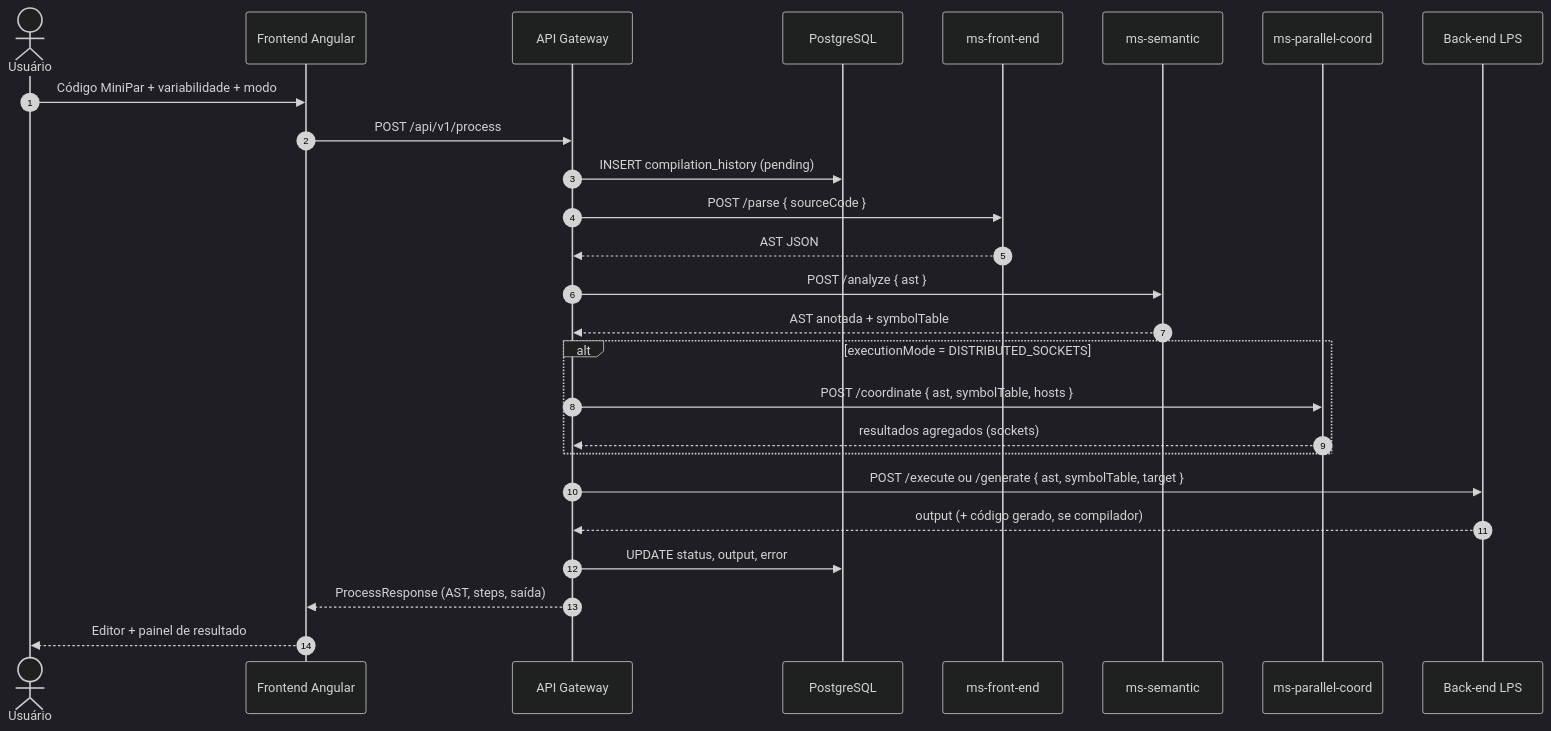
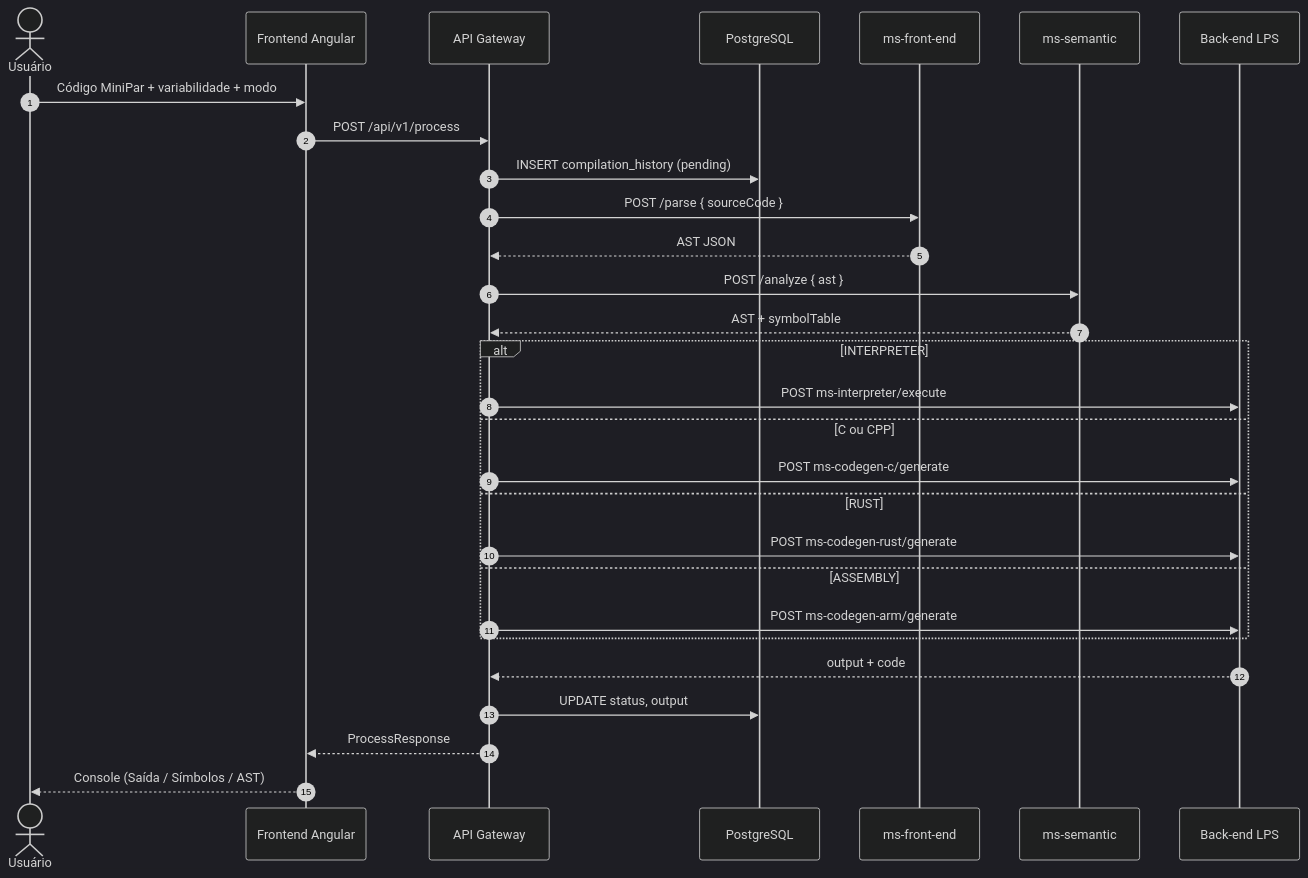
Before and after one commit to brunog2/minipar-framework: the diagram in docs/diagrams/pipeline-sequence.mmd, drawn with Mermaid (dark theme). The commit also changed 150 other files, not shown here.

```diff
--- a/docs/diagrams/pipeline-sequence.mmd
+++ b/docs/diagrams/pipeline-sequence.mmd
@@ -1,35 +1,36 @@
-%% Fluxo de uma requisição POST /api/v1/process (modo http)
-%% Complementa architecture.mmd — visão temporal do pipeline.
+%% Fluxo POST /api/v1/process — Fase 2 (back-ends reais)
 
 sequenceDiagram
   autonumber
   actor U as Usuário
   participant FE as Frontend Angular
   participant GW as API Gateway
   participant PG as PostgreSQL
   participant P as ms-front-end
   participant S as ms-semantic
-  participant C as ms-parallel-coord
   participant B as Back-end LPS
 
   U->>FE: Código MiniPar + variabilidade + modo
   FE->>GW: POST /api/v1/process
   GW->>PG: INSERT compilation_history (pending)
 
   GW->>P: POST /parse { sourceCode }
   P-->>GW: AST JSON
 
   GW->>S: POST /analyze { ast }
-  S-->>GW: AST anotada + symbolTable
+  S-->>GW: AST + symbolTable
 
-  alt executionMode = DISTRIBUTED_SOCKETS
-    GW->>C: POST /coordinate { ast, symbolTable, hosts }
-    C-->>GW: resultados agregados (sockets)
+  alt INTERPRETER
+    GW->>B: POST ms-interpreter/execute
+  else C ou CPP
+    GW->>B: POST ms-codegen-c/generate
+  else RUST
+    GW->>B: POST ms-codegen-rust/generate
+  else ASSEMBLY
+    GW->>B: POST ms-codegen-arm/generate
   end
+  B-->>GW: output + code
 
-  GW->>B: POST /execute ou /generate { ast, symbolTable, target }
-  B-->>GW: output (+ código gerado, se compilador)
-
-  GW->>PG: UPDATE status, output, error
-  GW-->>FE: ProcessResponse (AST, steps, saída)
-  FE-->>U: Editor + painel de resultado
+  GW->>PG: UPDATE status, output
+  GW-->>FE: ProcessResponse
+  FE-->>U: Console (Saída / Símbolos / AST)
```
